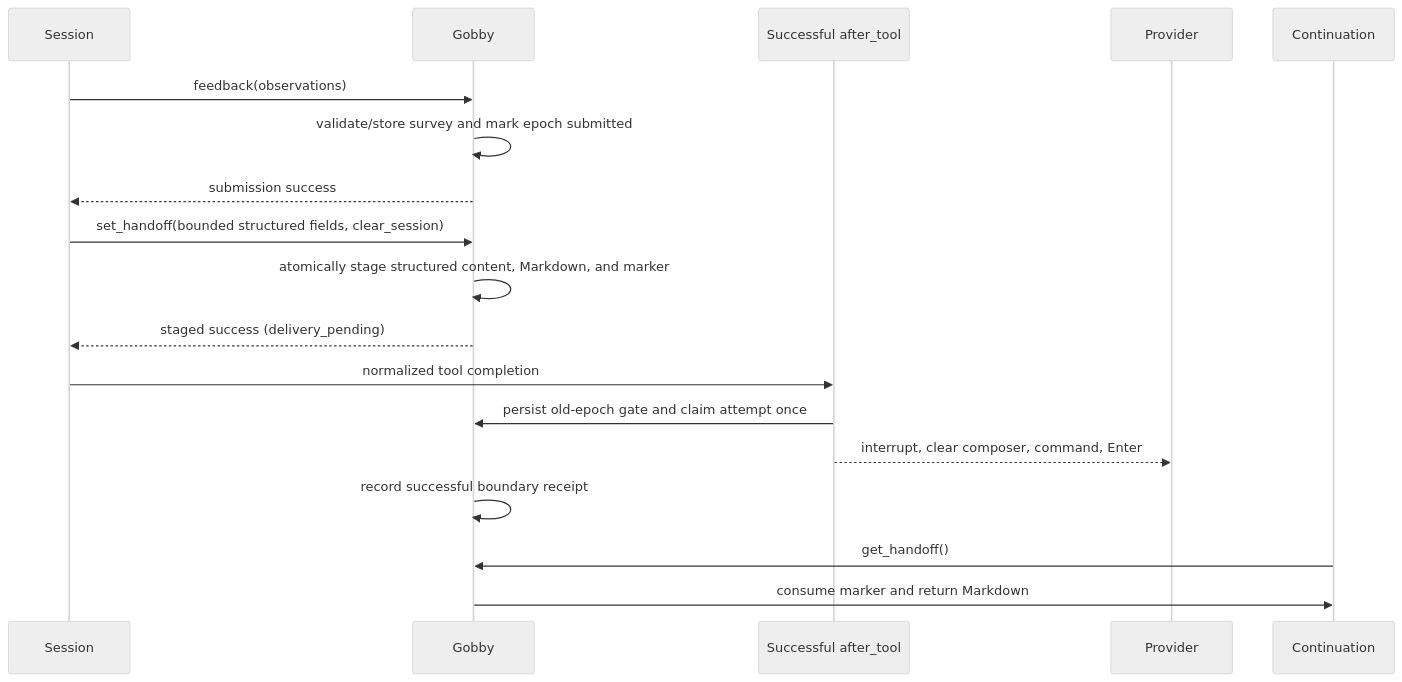
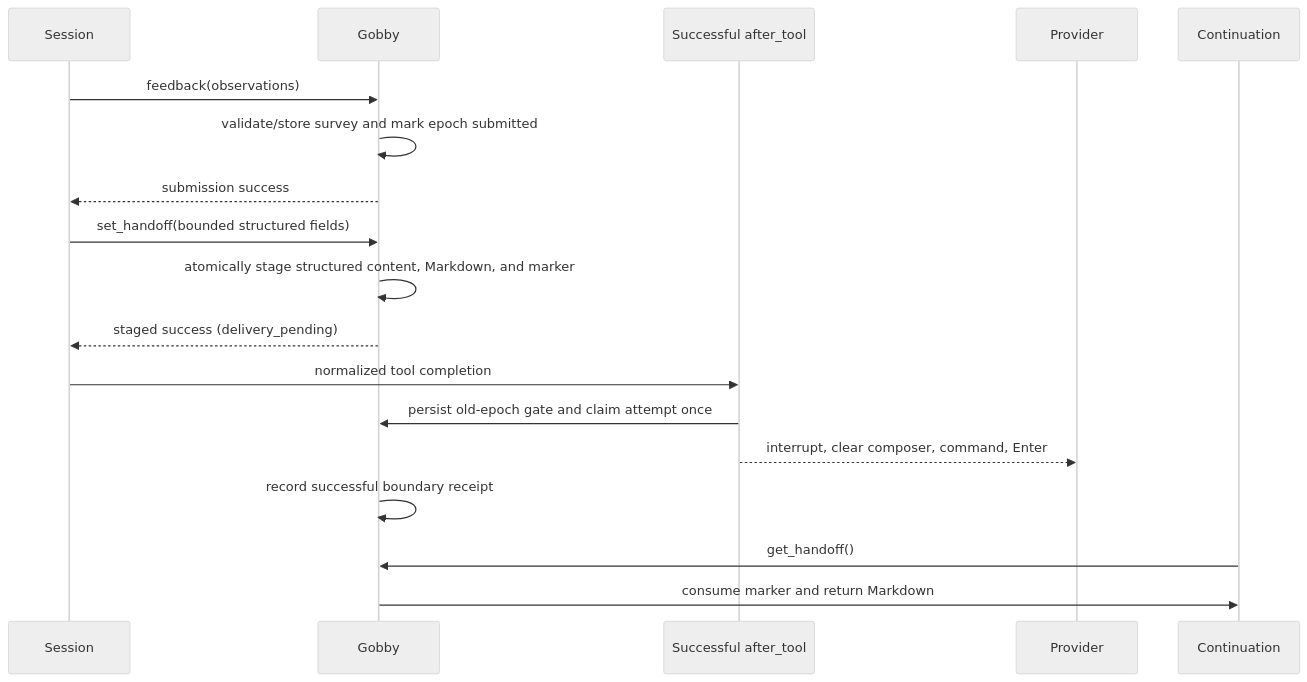
Before and after one commit to GobbyAI/gobby: the diagram in docs/guides/sessions.md, drawn with Mermaid (neutral theme). The commit also changed other lines of this file and 108 other files, not shown here.

````diff
--- a/docs/guides/sessions.md
+++ b/docs/guides/sessions.md
@@ -558,21 +554,21 @@
 ```mermaid
 sequenceDiagram
     participant Session
     participant Gobby
     participant Hook as Successful after_tool
     participant Provider
     participant Continuation
 
     Session->>Gobby: feedback(observations)
     Gobby->>Gobby: validate/store survey and mark epoch submitted
     Gobby-->>Session: submission success
-    Session->>Gobby: set_handoff(bounded structured fields, clear_session)
+    Session->>Gobby: set_handoff(bounded structured fields)
     Gobby->>Gobby: atomically stage structured content, Markdown, and marker
     Gobby-->>Session: staged success (delivery_pending)
     Session->>Hook: normalized tool completion
     Hook->>Gobby: persist old-epoch gate and claim attempt once
     Hook-->>Provider: interrupt, clear composer, command, Enter
     Gobby->>Gobby: record successful boundary receipt
     Continuation->>Gobby: get_handoff()
     Gobby->>Continuation: consume marker and return Markdown
 ```
````
